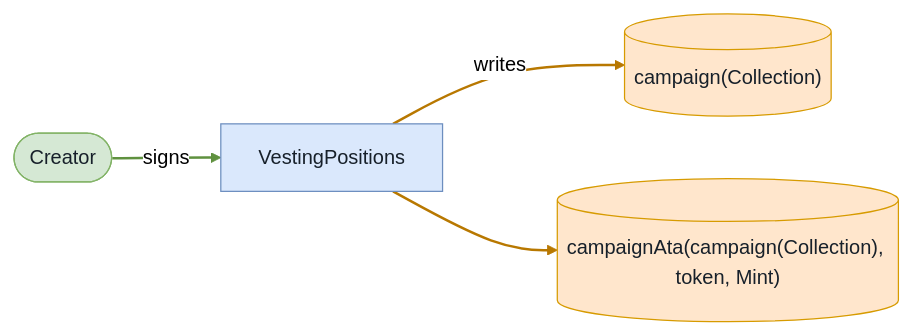
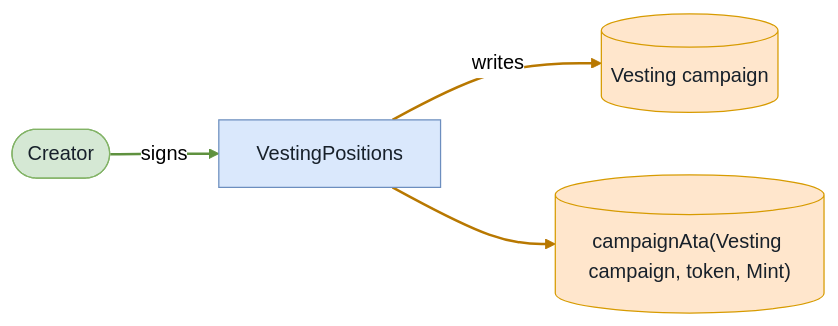
The fifth of 6 diagrams in babelfish-tests/test-report/close_campaign_fails_when_vault_not_empty.md (cds-turbin3/vesting-position), drawn with Mermaid (neutral theme) before and after one commit. The commit also changed other lines of this file and 104 other files, not shown here.

````diff
--- a/babelfish-tests/test-report/close_campaign_fails_when_vault_not_empty.md
+++ b/babelfish-tests/test-report/close_campaign_fails_when_vault_not_empty.md
@@ -214,15 +214,15 @@
 ```mermaid
 flowchart LR
     VestingPositions["VestingPositions"]:::program
     Creator(["Creator"]):::signer
-    campaignCollection[("campaign(Collection)")]:::state
-    campaignAtacampaignCollectiontokenMint[("campaignAta(campaign(Collection), token, Mint)")]:::state
+    Vestingcampaign[("Vesting campaign")]:::state
+    campaignAtaVestingcampaigntokenMint[("campaignAta(Vesting campaign, token, Mint)")]:::state
     Creator -->|signs| VestingPositions
-    VestingPositions -->|writes| campaignCollection
-    VestingPositions --> campaignAtacampaignCollectiontokenMint
+    VestingPositions -->|writes| Vestingcampaign
+    VestingPositions --> campaignAtaVestingcampaigntokenMint
     classDef program fill:#dae8fc,stroke:#6c8ebf,color:#17202a;
     classDef signer fill:#d5e8d4,stroke:#82b366,color:#17202a;
     classDef state fill:#ffe6cc,stroke:#d79b00,color:#17202a;
     linkStyle 0 stroke:#5f913f,stroke-width:2px
     linkStyle 1,2 stroke:#b87800,stroke-width:2px
 ```
````
